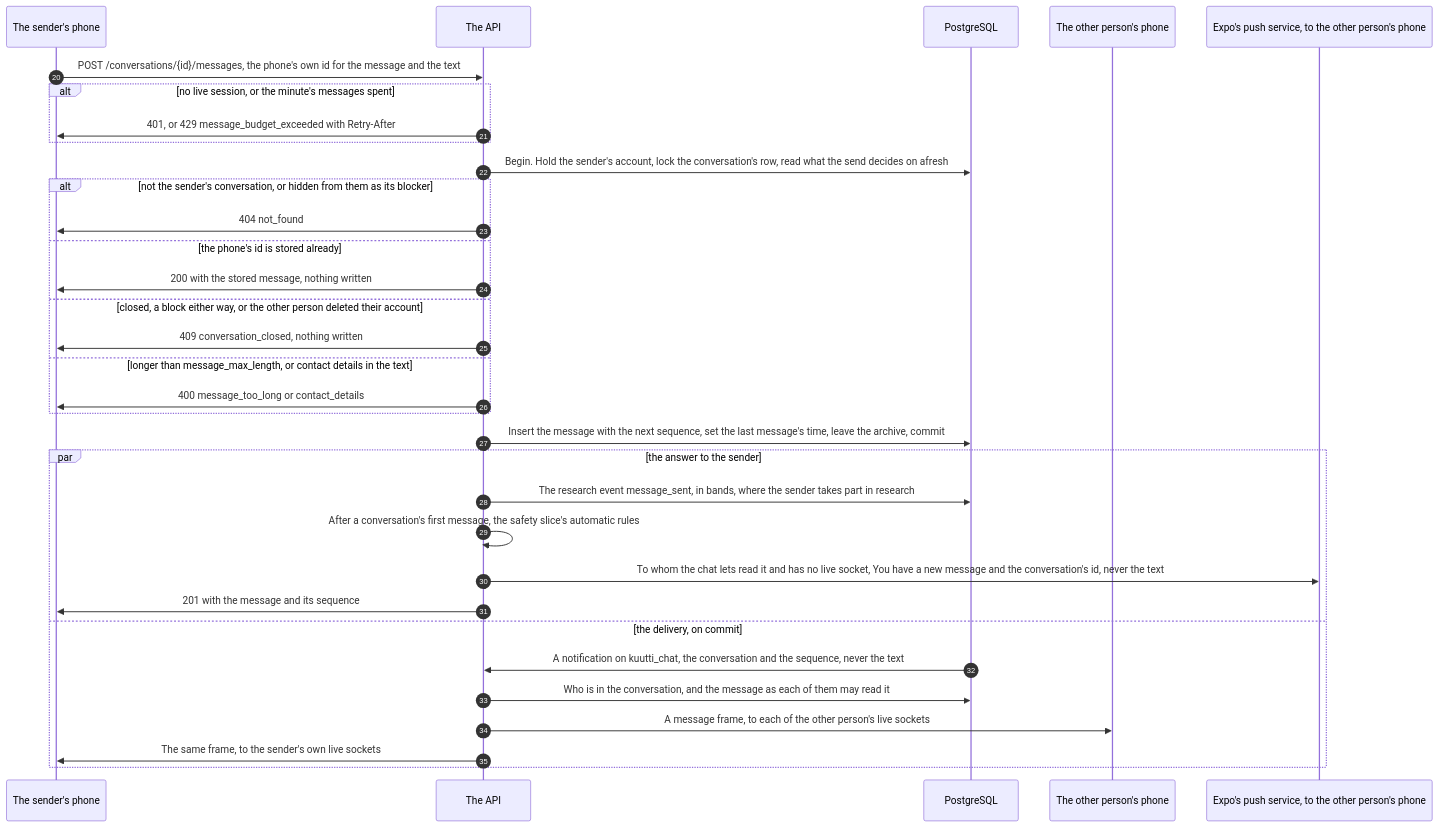
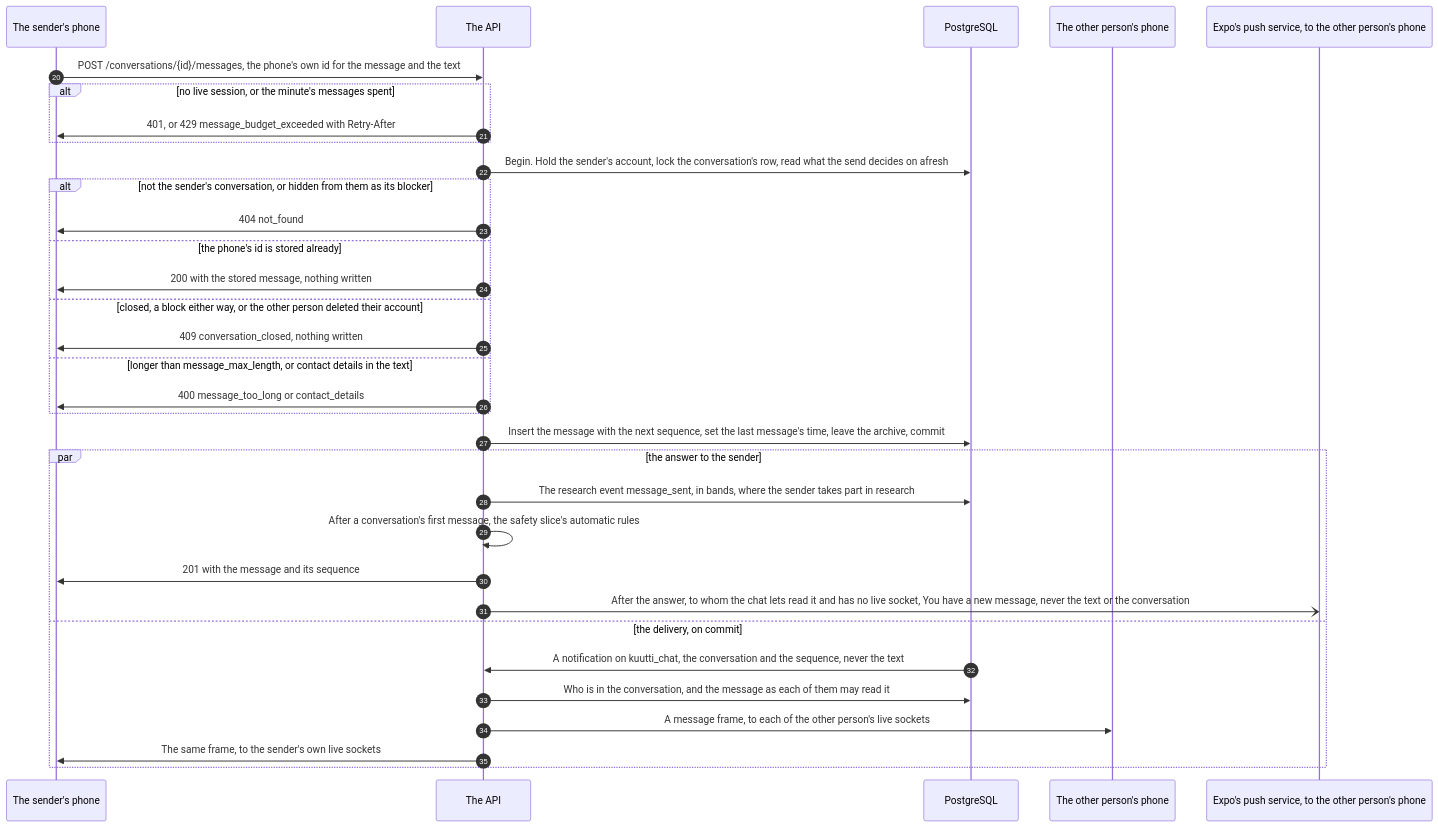
Before and after one commit to kuutti-ry/kuutti-app: the second of 3 diagrams in docs/architecture/sequence-chat.md, drawn with Mermaid. The commit also changed other lines of this file and 52 other files, not shown here.

First line of the commit message:
Answer the push's review: after the answer, until the quiet hours, idle bound (#102)

````diff
--- a/docs/architecture/sequence-chat.md
+++ b/docs/architecture/sequence-chat.md
@@ -84,37 +85,37 @@
 ```mermaid
 sequenceDiagram
   accTitle: Chat, part 2: sending a message
   accDescr: The phone sends a message over HTTP, not over the socket. In one transaction the API holds the sender's account, locks the conversation's row, reads it afresh and refuses a conversation that is not the sender's, a resend, a closed or blocked conversation, a text too long or one with contact details. Otherwise it stores the message with the next sequence and commits. After the commit the API pushes the other person through Expo when they have no live socket: one line, never the text or a name. The sender gets the stored message back. On commit a trigger notifies kuutti_chat with ids only, and the hub reads the message as each person may see it and sends it to their live sockets.
   autonumber 20
   participant phone as The sender's phone
   participant api as The API
   participant db as PostgreSQL
   participant other as The other person's phone
   participant push as Expo's push service, to the other person's phone
   phone->>api: POST /conversations/{id}/messages, the phone's own id for the message and the text
   alt no live session, or the minute's messages spent
     api->>phone: 401, or 429 message_budget_exceeded with Retry-After
   end
   api->>db: Begin. Hold the sender's account, lock the conversation's row, read what the send decides on afresh
   alt not the sender's conversation, or hidden from them as its blocker
     api->>phone: 404 not_found
   else the phone's id is stored already
     api->>phone: 200 with the stored message, nothing written
   else closed, a block either way, or the other person deleted their account
     api->>phone: 409 conversation_closed, nothing written
   else longer than message_max_length, or contact details in the text
     api->>phone: 400 message_too_long or contact_details
   end
   api->>db: Insert the message with the next sequence, set the last message's time, leave the archive, commit
   par the answer to the sender
     api->>db: The research event message_sent, in bands, where the sender takes part in research
     api->>api: After a conversation's first message, the safety slice's automatic rules
-    api->>push: To whom the chat lets read it and has no live socket, You have a new message and the conversation's id, never the text
     api->>phone: 201 with the message and its sequence
+    api-)push: After the answer, to whom the chat lets read it and has no live socket, You have a new message, never the text or the conversation
   and the delivery, on commit
     db->>api: A notification on kuutti_chat, the conversation and the sequence, never the text
     api->>db: Who is in the conversation, and the message as each of them may read it
     api->>other: A message frame, to each of the other person's live sockets
     api->>phone: The same frame, to the sender's own live sockets
   end
 ```
````
